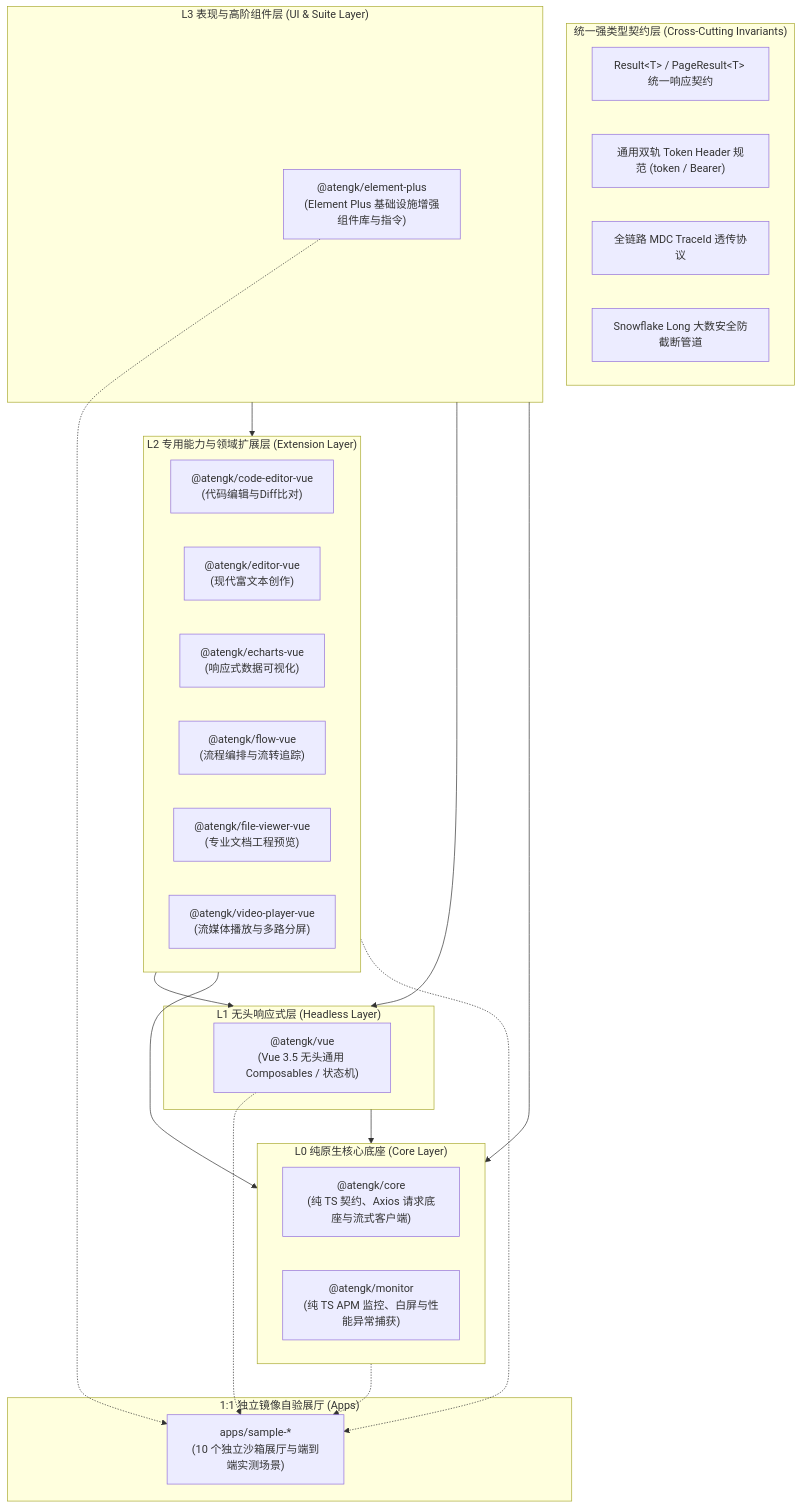
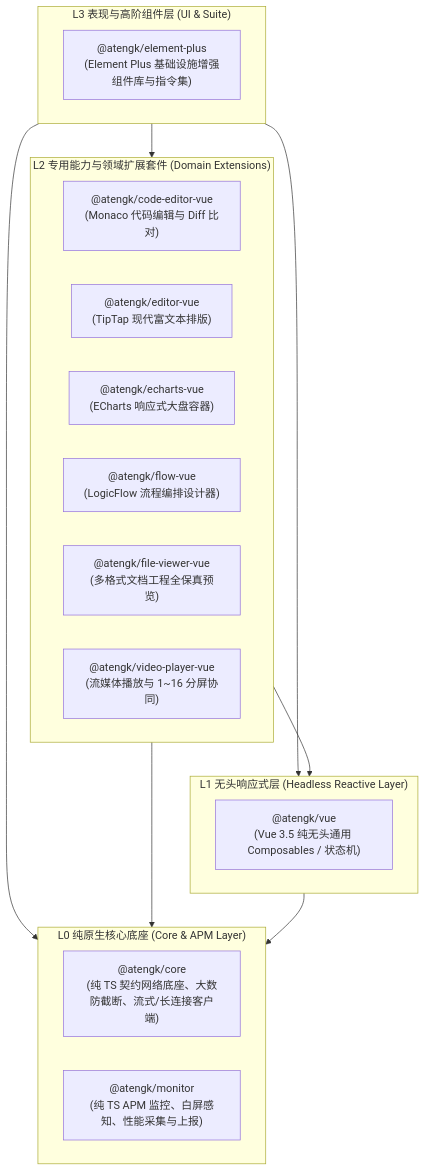
One commit to atengk/ateng-ui changed the diagram in README.md. Above: the diagram before and after it, drawn with Mermaid. The commit also changed other lines of this file, not shown here.

````diff
--- a/README.md
+++ b/README.md
@@ -54,47 +32,31 @@
 ```mermaid
 flowchart TD
-    subgraph Protocol["统一强类型契约层 (Cross-Cutting Invariants)"]
-        RESULT["Result&lt;T&gt; / PageResult&lt;T&gt; 统一响应契约"]
-        TOKEN["通用双轨 Token Header 规范 (token / Bearer)"]
-        TRACE["全链路 MDC TraceId 透传协议"]
-        SNOW["Snowflake Long 大数安全防截断管道"]
+    subgraph L3["L3 表现与高阶组件层 (UI & Suite)"]
+        EP["@atengk/element-plus<br/>(Element Plus 基础设施增强组件库与指令集)"]
     end
 
-    subgraph L3["L3 表现与高阶组件层 (UI & Suite Layer)"]
-        EP["@atengk/element-plus<br/>(Element Plus 基础设施增强组件库与指令)"]
+    subgraph L2["L2 专用能力与领域扩展套件 (Domain Extensions)"]
+        CODE["@atengk/code-editor-vue<br/>(Monaco 代码编辑与 Diff 比对)"]
+        EDITOR["@atengk/editor-vue<br/>(TipTap 现代富文本排版)"]
+        ECHARTS["@atengk/echarts-vue<br/>(ECharts 响应式大盘容器)"]
+        FLOW["@atengk/flow-vue<br/>(LogicFlow 流程编排设计器)"]
+        VIEWER["@atengk/file-viewer-vue<br/>(多格式文档工程全保真预览)"]
+        VIDEO["@atengk/video-player-vue<br/>(流媒体播放与 1~16 分屏协同)"]
     end
 
-    subgraph L2["L2 专用能力与领域扩展层 (Extension Layer)"]
-        CODE["@atengk/code-editor-vue<br/>(代码编辑与Diff比对)"]
-        EDITOR["@atengk/editor-vue<br/>(现代富文本创作)"]
-        ECHARTS["@atengk/echarts-vue<br/>(响应式数据可视化)"]
-        FLOW["@atengk/flow-vue<br/>(流程编排与流转追踪)"]
-        VIEWER["@atengk/file-viewer-vue<br/>(专业文档工程预览)"]
-        VIDEO["@atengk/video-player-vue<br/>(流媒体播放与多路分屏)"]
+    subgraph L1["L1 无头响应式层 (Headless Reactive Layer)"]
+        VUE["@atengk/vue<br/>(Vue 3.5 纯无头通用 Composables / 状态机)"]
     end
 
-    subgraph L1["L1 无头响应式层 (Headless Layer)"]
-        VUE["@atengk/vue<br/>(Vue 3.5 无头通用 Composables / 状态机)"]
-    end
-
-    subgraph L0["L0 纯原生核心底座 (Core Layer)"]
-        CORE["@atengk/core<br/>(纯 TS 契约、Axios 请求底座与流式客户端)"]
-        MONITOR["@atengk/monitor<br/>(纯 TS APM 监控、白屏与性能异常捕获)"]
-    end
-
-    subgraph Apps["1:1 独立镜像自验展厅 (Apps)"]
-        S_ALL["apps/sample-*<br/>(10 个独立沙箱展厅与端到端实测场景)"]
+    subgraph L0["L0 纯原生核心底座 (Core & APM Layer)"]
+        CORE["@atengk/core<br/>(纯 TS 契约网络底座、大数防截断、流式/长连接客户端)"]
+        MONITOR["@atengk/monitor<br/>(纯 TS APM 监控、白屏感知、性能采集与上报)"]
     end
 
     L3 --> L2
     L3 --> L1
     L3 --> L0
     L2 --> L1
     L2 --> L0
     L1 --> L0
-
-    EP -.-> S_ALL
-    L2 -.-> S_ALL
-    VUE -.-> S_ALL
-    L0 -.-> S_ALL
 ```
````
